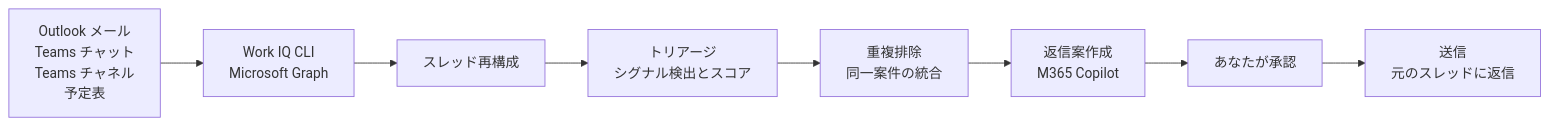
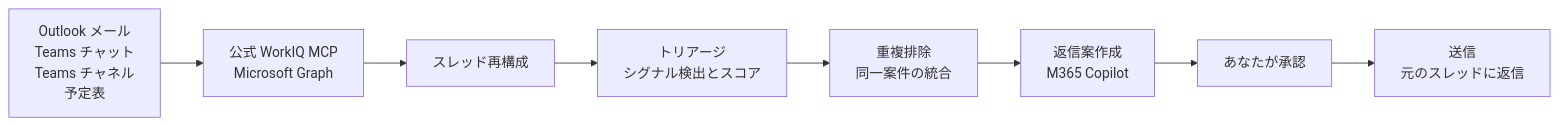
The diagram in README.ja.md (monoqlo78/hey365), drawn with Mermaid before and after one commit. The commit also changed other lines of this file and 19 other files, not shown here.

Commit message:
Use official hosted WorkIQ MCP with secure OAuth authentication

````diff
--- a/README.ja.md
+++ b/README.ja.md
@@ -50,10 +50,10 @@
 ```mermaid
 flowchart LR
-    A[Outlook メール<br/>Teams チャット<br/>Teams チャネル<br/>予定表] --> B[Work IQ CLI<br/>Microsoft Graph]
+    A[Outlook メール<br/>Teams チャット<br/>Teams チャネル<br/>予定表] --> B[公式 WorkIQ MCP<br/>Microsoft Graph]
     B --> C[スレッド再構成]
     C --> D[トリアージ<br/>シグナル検出とスコア]
     D --> E[重複排除<br/>同一案件の統合]
     E --> F[返信案作成<br/>M365 Copilot]
     F --> G[あなたが承認]
     G --> H[送信<br/>元のスレッドに返信]
 ```
````
